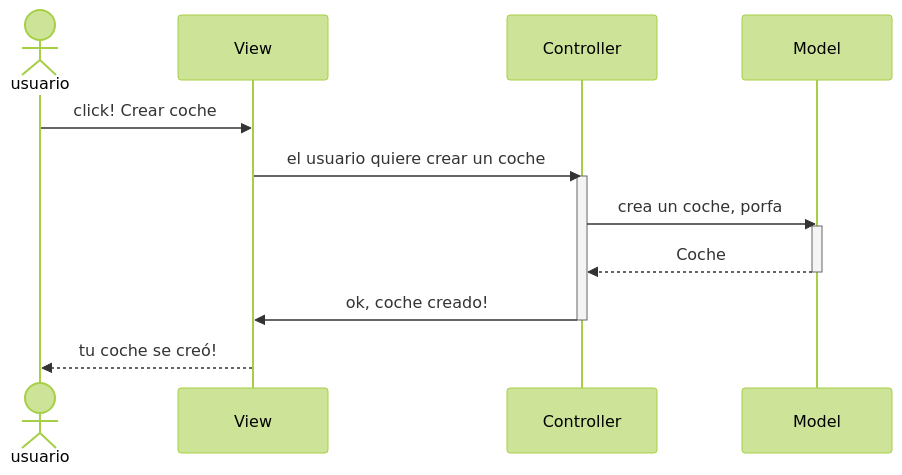
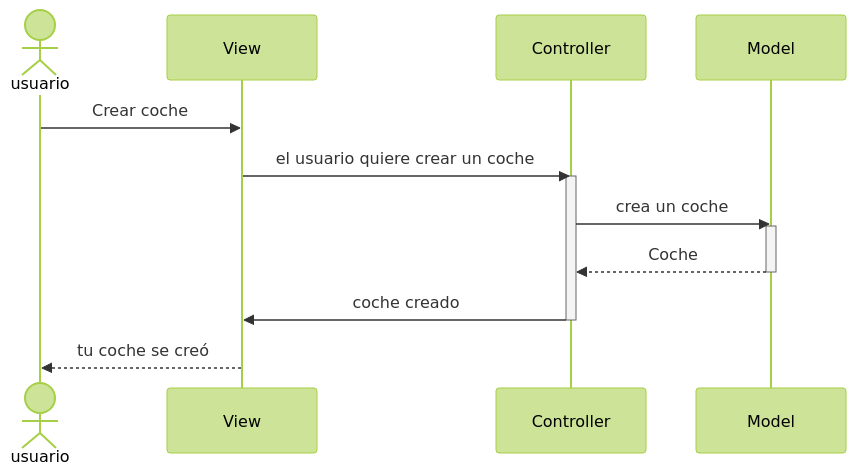
One commit to damiancastelao/MVC_coches_solucion changed the second of 3 diagrams in Readme.md. Above: the diagram before and after it, drawn with Mermaid (forest theme). The commit also changed other lines of this file, not shown here.

Commit message:
Readme actualizado co diagrama de secuencias bn

````diff
--- a/Readme.md
+++ b/Readme.md
@@ -47,18 +47,18 @@
 ```mermaid
 sequenceDiagram
     actor usuario
     participant View
     participant Controller
     participant Model
     
-    usuario->>View: click! Crear coche
+    usuario->>View:  Crear coche
     View->>Controller: el usuario quiere crear un coche
     activate Controller
-    Controller->>Model: crea un coche, porfa
+    Controller->>Model: crea un coche
     activate Model
     Model-->>Controller: Coche
     deactivate Model
-    Controller->>View: ok, coche creado!
+    Controller->>View: coche creado
     deactivate Controller
-    View-->>usuario: tu coche se creó!
+    View-->>usuario: tu coche se creó
 ```
````
